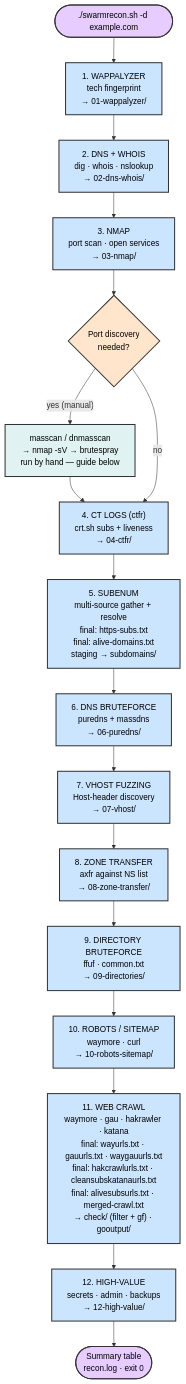
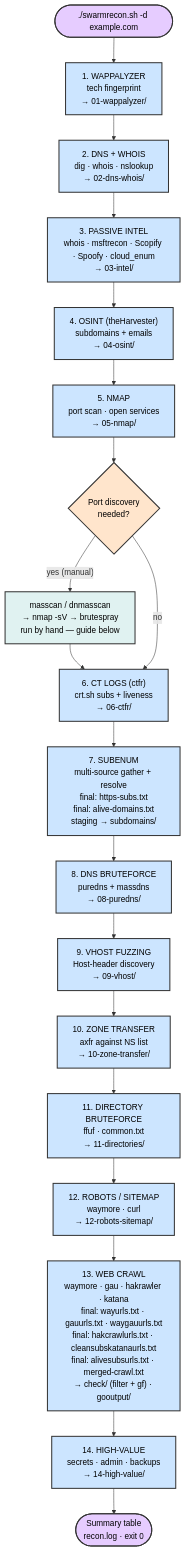
One commit to manojxshrestha/swarmrecon changed the second of 2 diagrams in README.md. Above: the diagram before and after it, drawn with Mermaid. The commit also changed other lines of this file and 3 other files, not shown here.

First line of the commit message:
Add steps 3-4 (passive intel + theHarvester OSINT), renumber to 14-step pipeline

````diff
--- a/README.md
+++ b/README.md
@@ -281,33 +283,37 @@
 ```mermaid
 flowchart TD
     classDef phase fill:#cce5ff,stroke:#333,stroke-width:2px,color:#000
     classDef gate fill:#ffcccc,stroke:#333,stroke-width:2px,color:#000
     classDef decision fill:#ffe5cc,stroke:#333,stroke-width:2px,color:#000
     classDef terminal fill:#e6ccff,stroke:#333,stroke-width:2px,color:#000
     classDef manual fill:#e0f2f1,stroke:#333,stroke-width:2px,color:#000
 
     Start(["./swarmrecon.sh -d example.com"]):::terminal --> S1
 
     S1["1. WAPPALYZER<br/>tech fingerprint<br/>→ 01-wappalyzer/"]:::phase --> S2
     S2["2. DNS + WHOIS<br/>dig · whois · nslookup<br/>→ 02-dns-whois/"]:::phase --> S3
-    S3["3. NMAP<br/>port scan · open services<br/>→ 03-nmap/"]:::phase --> PortDec
+
+    S3["3. PASSIVE INTEL<br/>whois · msftrecon · Scopify · Spoofy · cloud_enum<br/>→ 03-intel/"]:::phase --> S4
+    S4["4. OSINT (theHarvester)<br/>subdomains + emails<br/>→ 04-osint/"]:::phase --> S5
+
+    S5["5. NMAP<br/>port scan · open services<br/>→ 05-nmap/"]:::phase --> PortDec
 
     PortDec{"Port discovery<br/>needed?"}:::decision
     PortDec -->|"yes (manual)"| Manual["masscan / dnmasscan<br/>→ nmap -sV → brutespray<br/>run by hand — guide below"]:::manual
-    Manual --> S4
-    PortDec -->|"no"| S4
+    Manual --> S6
+    PortDec -->|"no"| S6
 
-    S4["4. CT LOGS (ctfr)<br/>crt.sh subs + liveness<br/>→ 04-ctfr/"]:::phase --> S5
-    S5["5. SUBENUM<br/>multi-source gather + resolve<br/>final: https-subs.txt<br/>final: alive-domains.txt<br/>staging → subdomains/"]:::phase --> S6
-    S6["6. DNS BRUTEFORCE<br/>puredns + massdns<br/>→ 06-puredns/"]:::phase --> S7
-    S7["7. VHOST FUZZING<br/>Host-header discovery<br/>→ 07-vhost/"]:::phase --> S8
-    S8["8. ZONE TRANSFER<br/>axfr against NS list<br/>→ 08-zone-transfer/"]:::phase --> S9
-    S9["9. DIRECTORY BRUTEFORCE<br/>ffuf · common.txt<br/>→ 09-directories/"]:::phase --> S10
-    S10["10. ROBOTS / SITEMAP<br/>waymore · curl<br/>→ 10-robots-sitemap/"]:::phase --> S11
+    S6["6. CT LOGS (ctfr)<br/>crt.sh subs + liveness<br/>→ 06-ctfr/"]:::phase --> S7
+    S7["7. SUBENUM<br/>multi-source gather + resolve<br/>final: https-subs.txt<br/>final: alive-domains.txt<br/>staging → subdomains/"]:::phase --> S8
+    S8["8. DNS BRUTEFORCE<br/>puredns + massdns<br/>→ 08-puredns/"]:::phase --> S9
+    S9["9. VHOST FUZZING<br/>Host-header discovery<br/>→ 09-vhost/"]:::phase --> S10
+    S10["10. ZONE TRANSFER<br/>axfr against NS list<br/>→ 10-zone-transfer/"]:::phase --> S11
+    S11["11. DIRECTORY BRUTEFORCE<br/>ffuf · common.txt<br/>→ 11-directories/"]:::phase --> S12
+    S12["12. ROBOTS / SITEMAP<br/>waymore · curl<br/>→ 12-robots-sitemap/"]:::phase --> S13
 
-    S11["11. WEB CRAWL<br/>waymore · gau · hakrawler · katana<br/>final: wayurls.txt · gauurls.txt · waygauurls.txt<br/>final: hakcrawlurls.txt · cleansubskatanaurls.txt<br/>final: alivesubsurls.txt · merged-crawl.txt<br/>→ check/ (filter + gf) · gooutput/"]:::phase --> S12
+    S13["13. WEB CRAWL<br/>waymore · gau · hakrawler · katana<br/>final: wayurls.txt · gauurls.txt · waygauurls.txt<br/>final: hakcrawlurls.txt · cleansubskatanaurls.txt<br/>final: alivesubsurls.txt · merged-crawl.txt<br/>→ check/ (filter + gf) · gooutput/"]:::phase --> S14
 
-    S12["12. HIGH-VALUE<br/>secrets · admin · backups<br/>→ 12-high-value/"]:::phase --> Summary
+    S14["14. HIGH-VALUE<br/>secrets · admin · backups<br/>→ 14-high-value/"]:::phase --> Summary
 
     Summary(["Summary table<br/>recon.log · exit 0"]):::terminal
 ```
````
